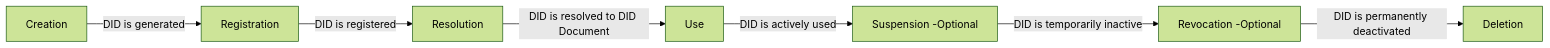
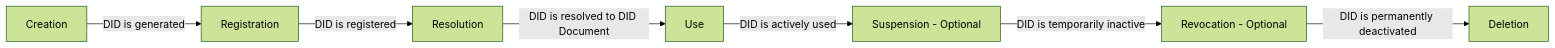
One commit to algorandfoundation/ARCs changed the first of 2 diagrams in ARCs/arc-0013.md. Above: the diagram before and after it, drawn with Mermaid (forest theme). The commit also changed other lines of this file, not shown here.

````diff
--- a/ARCs/arc-0013.md
+++ b/ARCs/arc-0013.md
@@ -116,18 +118,16 @@
 ```mermaid
-
 flowchart LR
     creation[Creation]
     registration[Registration]
     resolution[Resolution]
     use[Use]
-    suspension[Suspension -Optional]
-    revocation[Revocation -Optional]
+    suspension[Suspension - Optional]
+    revocation[Revocation - Optional]
     deletion[Deletion]
     creation -->|DID is generated| registration
     registration -->|DID is registered| resolution
     resolution -->|DID is resolved to DID Document| use
     use -->|DID is actively used| suspension
     suspension -->|DID is temporarily inactive| revocation
     revocation -->|DID is permanently deactivated| deletion
-
 ```
````
